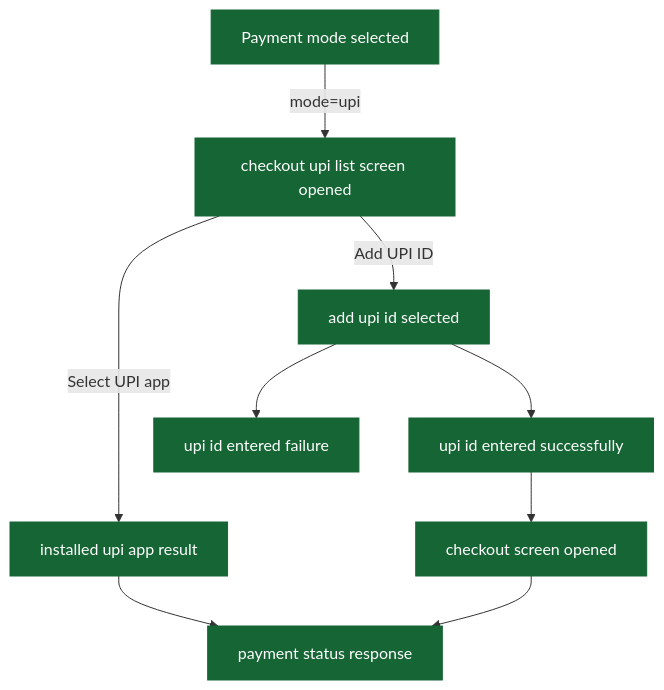
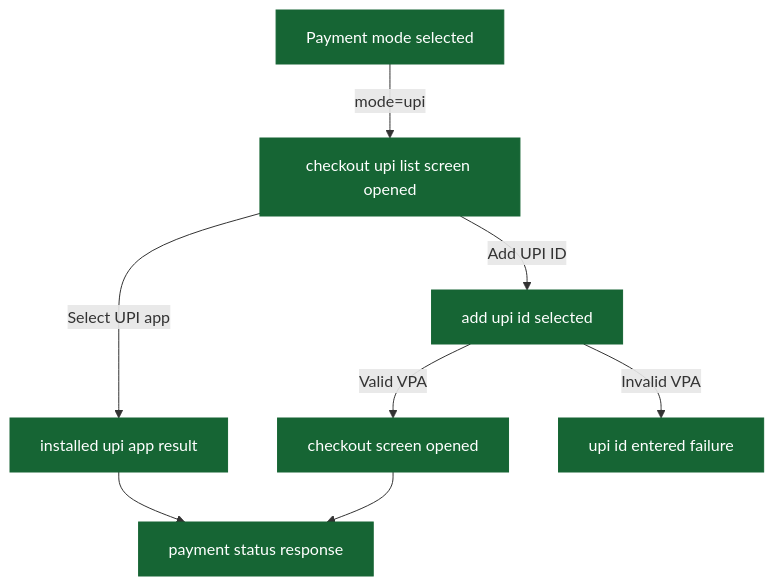
Before and after one commit to ratulsarna/chalo-app-dashboard: the third of 11 diagrams in content/analytics/payment/flow-diagrams.md, drawn with Mermaid. The commit also changed other lines of this file and 1 other file, not shown here.

Commit message:
feat(analytics): update event properties and flow diagrams for payment processing, enhancing error handling and user interaction tracking

````diff
--- a/content/analytics/payment/flow-diagrams.md
+++ b/content/analytics/payment/flow-diagrams.md
@@ -72,20 +72,19 @@
 ```mermaid
 flowchart TD
   ev_paymentModeSelected["Payment mode selected"] -->|mode=upi| ev_upiScreenOpen["checkout upi list screen opened"]
 
   ev_upiScreenOpen -->|Select UPI app| ev_installedUpiResult["installed upi app result"]
   ev_upiScreenOpen -->|Add UPI ID| ev_addUpiSelected["add upi id selected"]
 
-  ev_addUpiSelected --> ev_vpaSuccess["upi id entered successfully"]
-  ev_addUpiSelected --> ev_vpaFailure["upi id entered failure"]
+  ev_addUpiSelected -->|Valid VPA| ev_checkoutOpen["checkout screen opened"]
+  ev_addUpiSelected -->|Invalid VPA| ev_vpaFailure["upi id entered failure"]
 
-  ev_vpaSuccess --> ev_checkoutOpen["checkout screen opened"]
   ev_installedUpiResult --> ev_paymentStatus["payment status response"]
   ev_checkoutOpen --> ev_paymentStatus
 
   classDef event fill:#166534,stroke:#166534,color:#ffffff;
   classDef ui fill:#f3f4f6,stroke:#6b7280,stroke-dasharray: 5 5,color:#111827;
   classDef external fill:#ffffff,stroke:#6b7280,stroke-dasharray: 3 3,color:#111827;
 
-  class ev_paymentModeSelected,ev_upiScreenOpen,ev_installedUpiResult,ev_addUpiSelected,ev_vpaSuccess,ev_vpaFailure,ev_checkoutOpen,ev_paymentStatus event;
+  class ev_paymentModeSelected,ev_upiScreenOpen,ev_installedUpiResult,ev_addUpiSelected,ev_vpaFailure,ev_checkoutOpen,ev_paymentStatus event;
 ```
````
